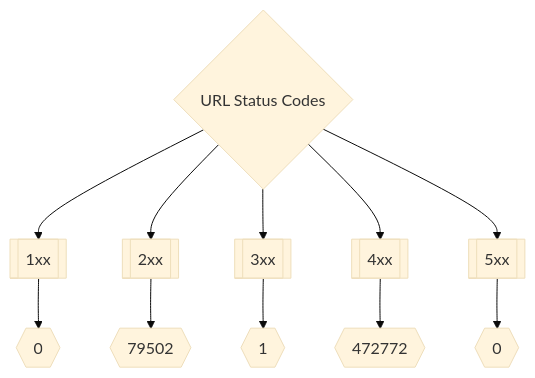
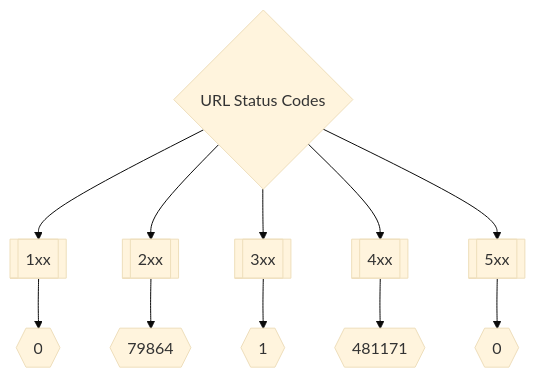
Before and after one commit to trickest/inventory: the second of 3 diagrams in README.md, drawn with Mermaid (base theme). The commit also changed other lines of this file, not shown here.

Commit message:
Update README.md Sun May 29 14:29:46 UTC 2022

````diff
--- a/README.md
+++ b/README.md
@@ -173,8 +173,8 @@
 ```mermaid
 graph TD
 title{URL Status Codes} --> 1xx[[1xx]] --> status1xxNum{{0}}
-title --> 2xx[[2xx]] --> status2xxNum{{79502}}
+title --> 2xx[[2xx]] --> status2xxNum{{79864}}
 title --> 3xx[[3xx]] --> status3xxNum{{1}}
-title --> 4xx[[4xx]] --> status4xxNum{{472772}}
+title --> 4xx[[4xx]] --> status4xxNum{{481171}}
 title --> 5xx[[5xx]] --> status5xxNum{{0}}
 ```
````
